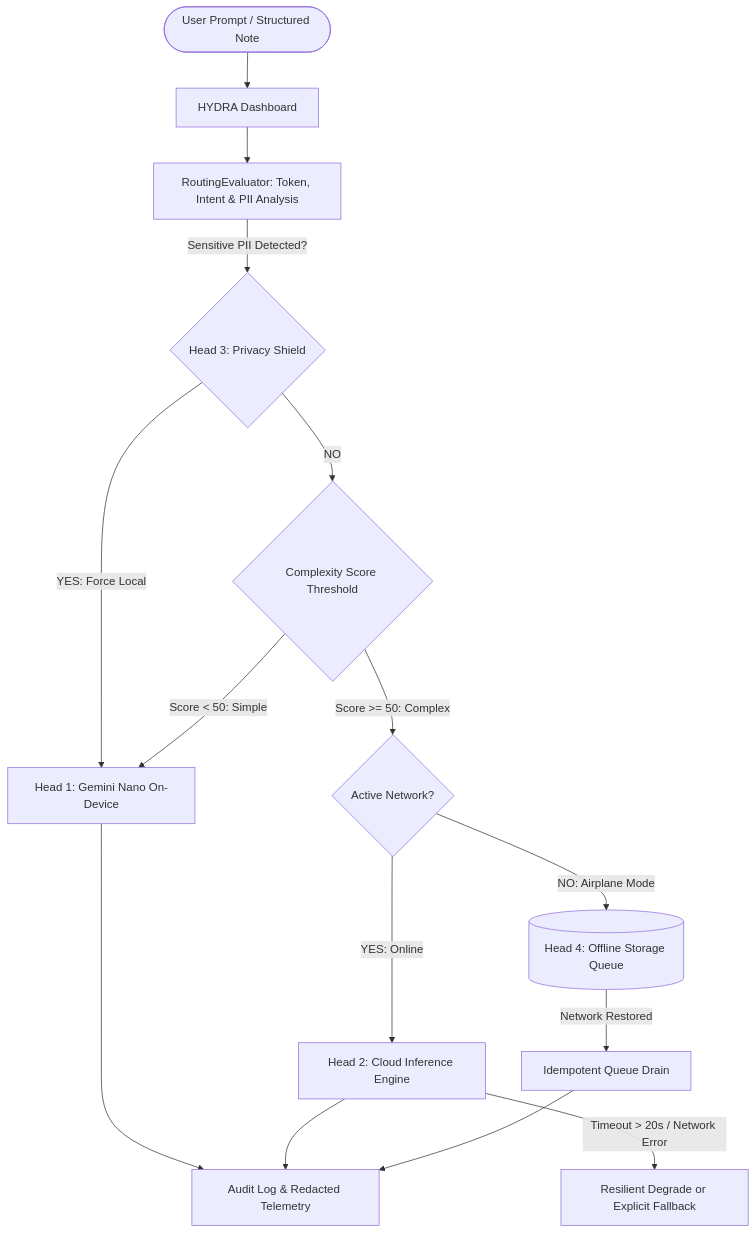
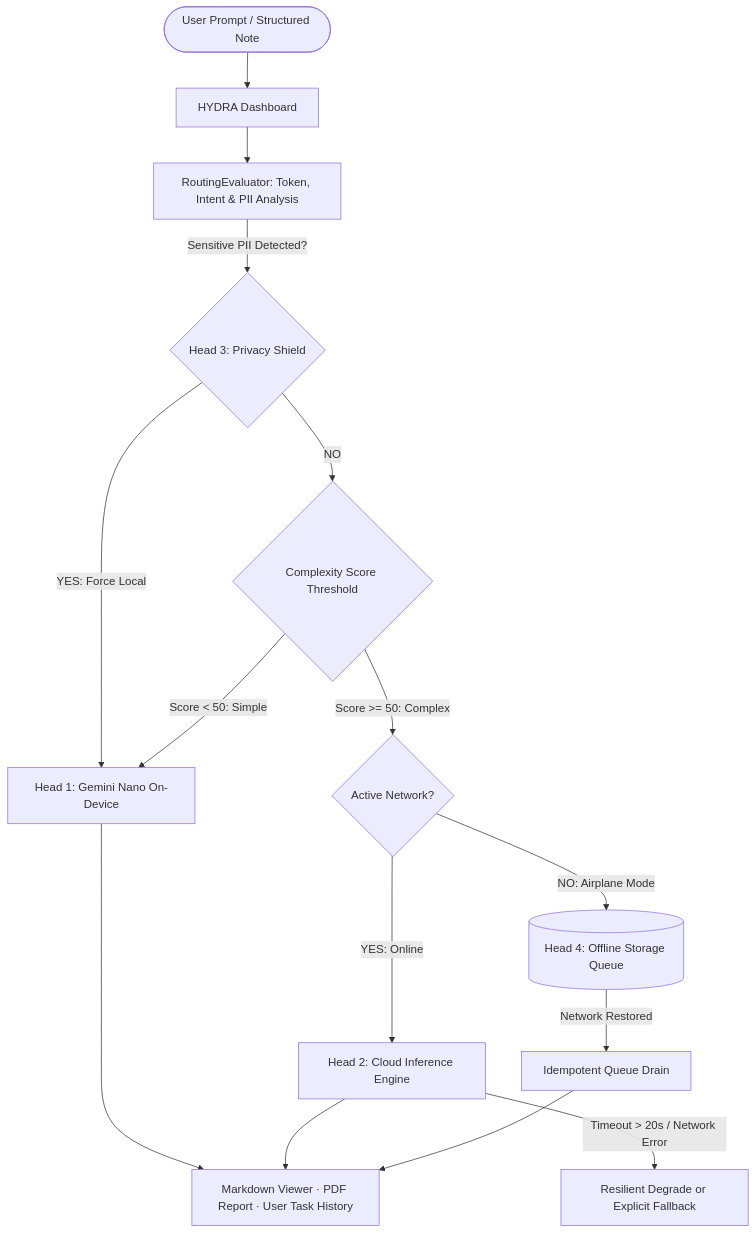
The diagram in README.md (jammar24/Hydra-Agent), drawn with Mermaid before and after one commit. The commit also changed other lines of this file and 4 other files, not shown here.

````diff
--- a/README.md
+++ b/README.md
@@ -34,21 +42,21 @@
 ```mermaid
 flowchart TD
     User([User Prompt / Structured Note]) --> UI[HYDRA Dashboard]
     UI --> Evaluator[RoutingEvaluator: Token, Intent & PII Analysis]
-    
+
     Evaluator -->|Sensitive PII Detected?| PII{Head 3: Privacy Shield}
     PII -->|YES: Force Local| Head1[Head 1: Gemini Nano On-Device]
-    
+
     PII -->|NO| Complexity{Complexity Score Threshold}
     Complexity -->|Score < 50: Simple| Head1
     Complexity -->|Score >= 50: Complex| NetCheck{Active Network?}
-    
+
     NetCheck -->|YES: Online| Head2[Head 2: Cloud Inference Engine]
     NetCheck -->|NO: Airplane Mode| OfflineQueue[(Head 4: Offline Storage Queue)]
-    
+
     Head2 -->|Timeout > 20s / Network Error| FallbackLocal[Resilient Degrade or Explicit Fallback]
-    
-    Head1 --> Audit[Audit Log & Redacted Telemetry]
+
+    Head1 --> Audit[Markdown Viewer · PDF Report · User Task History]
     Head2 --> Audit
     OfflineQueue -->|Network Restored| Drain[Idempotent Queue Drain] --> Audit
 ```
````
